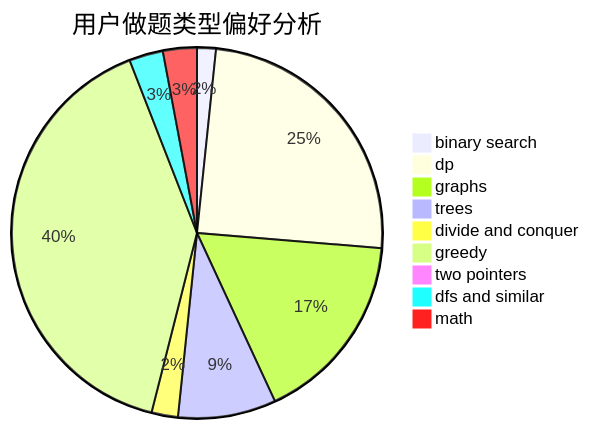
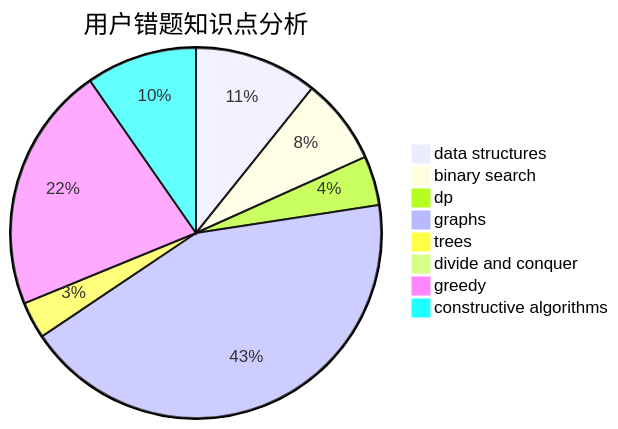
One commit to sherpahu/cfrs.github.io changed the third of 3 diagrams in docs/user/u690.md. Above: the diagram before and after it, drawn with Mermaid. The commit also changed other lines of this file and 2775 other files, not shown here.

````diff
--- a/docs/user/u690.md
+++ b/docs/user/u690.md
@@ -23,12 +36,11 @@
 ```mermaid
-pie title 用户做题类型偏好分析
-    "binary search" :  5
-    "dp" :  75
-    "graphs" :  51
-    "trees" :  26
-    "divide and conquer" :  7
-    "greedy" :  122
-    "two pointers" :  0
-    "dfs and similar" :  9
-    "math" :  9
+pie title 用户错题知识点分析
+    "data structures" :  10
+    "binary search" :  7
+    "dp" :  4
+    "graphs" :  40
+    "trees" :  3
+    "divide and conquer" :  0
+    "greedy" :  20
+    "constructive algorithms" :  9
 ```
````
